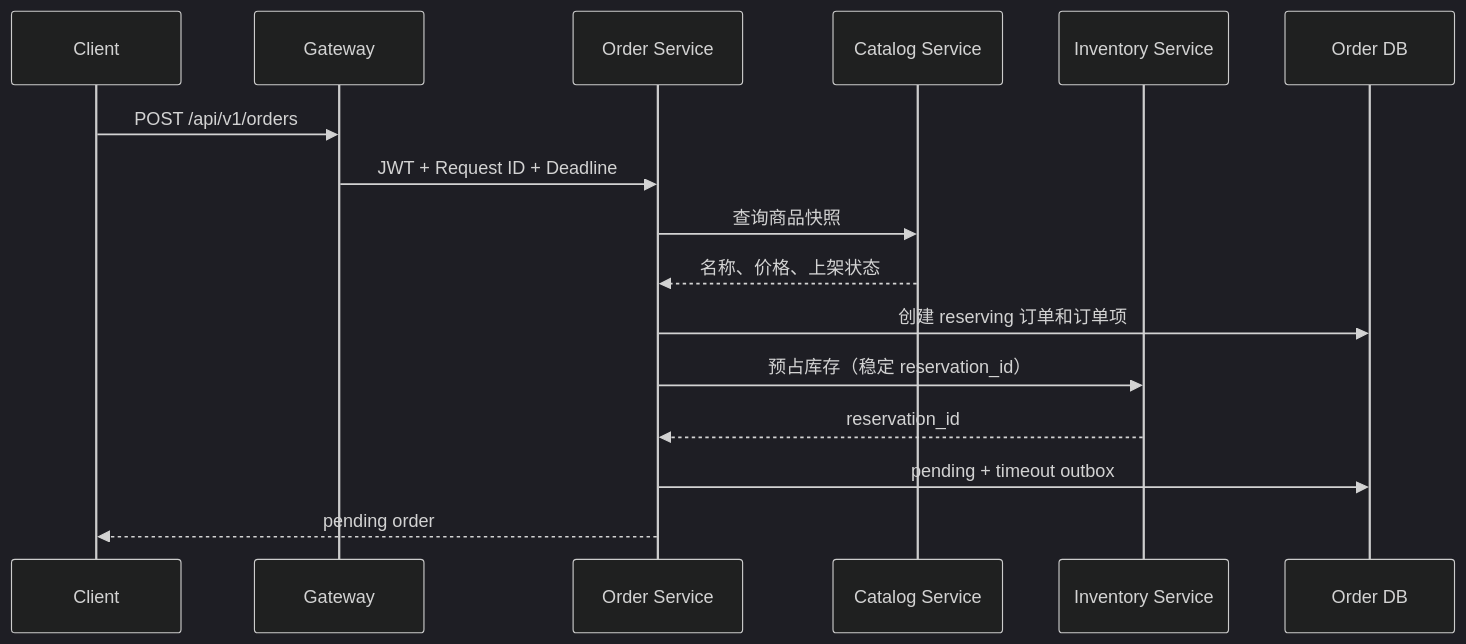
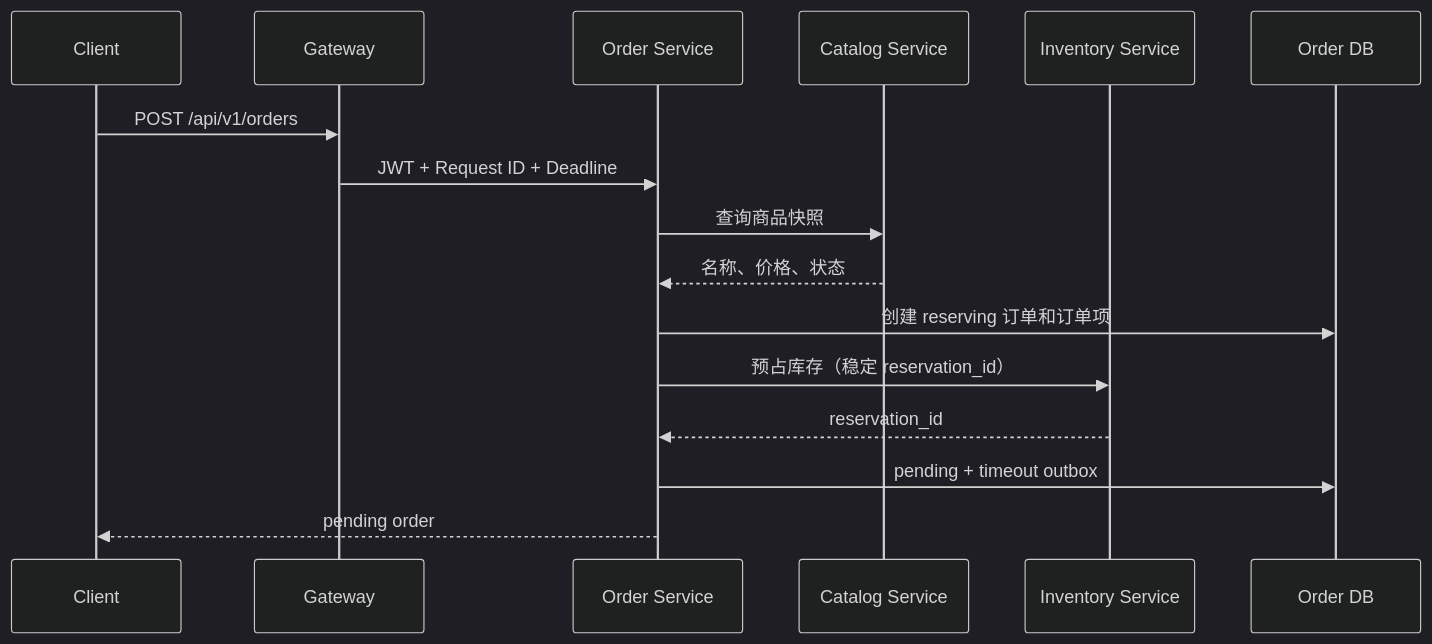
The second of 2 diagrams in README.md (Yotoha0303/go-order-management-system-cloudnative-lab), drawn with Mermaid (dark theme) before and after one commit. The commit also changed other lines of this file and 11 other files, not shown here.

````diff
--- a/README.md
+++ b/README.md
@@ -88,19 +89,19 @@
 ```mermaid
 sequenceDiagram
     participant C as Client
     participant G as Gateway
     participant O as Order Service
     participant P as Catalog Service
     participant I as Inventory Service
     participant DB as Order DB
 
     C->>G: POST /api/v1/orders
     G->>O: JWT + Request ID + Deadline
     O->>P: 查询商品快照
-    P-->>O: 名称、价格、上架状态
+    P-->>O: 名称、价格、状态
     O->>DB: 创建 reserving 订单和订单项
     O->>I: 预占库存（稳定 reservation_id）
     I-->>O: reservation_id
     O->>DB: pending + timeout outbox
     O-->>C: pending order
 ```
````
